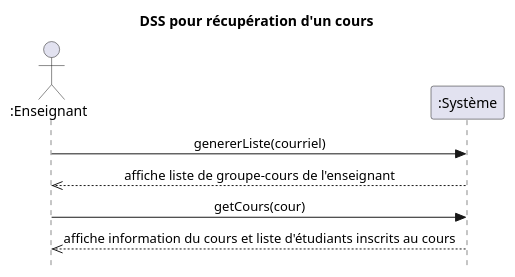
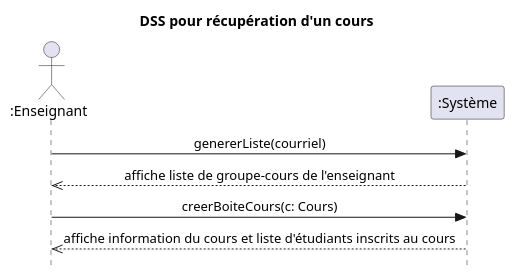
Before and after one commit to IshakMegatli1/MoodleCopy: the diagram in docs/modeles/dss-CU01b.puml, drawn with PlantUML. The commit also changed 17 other files, not shown here.

```diff
--- a/docs/modeles/dss-CU01b.puml
+++ b/docs/modeles/dss-CU01b.puml
@@ -1,16 +1,16 @@
 @startuml
 
 skinparam style strictuml
 skinparam defaultfontname Verdana
 skinparam sequence {
     MessageAlign center
 }
 title DSS pour récupération d'un cours
 actor ":Enseignant" as c
 participant ":Système" as s
 c->s : genererListe(courriel)
 c<<--s : affiche liste de groupe-cours de l'enseignant
-c->s : getCours(cour)
+c->s : creerBoiteCours(c: Cours)
 c<<--s : affiche information du cours et liste d'étudiants inscrits au cours
 
 @enduml
```
